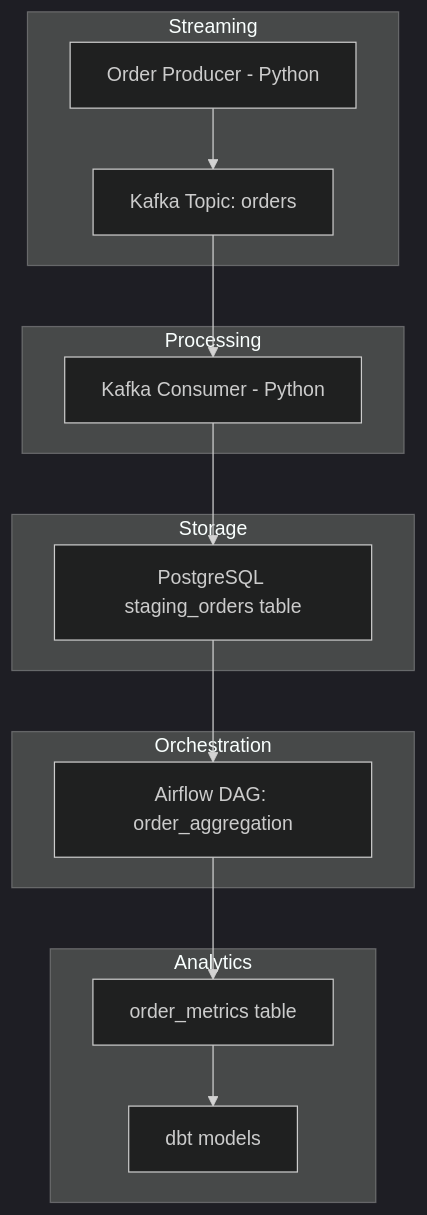
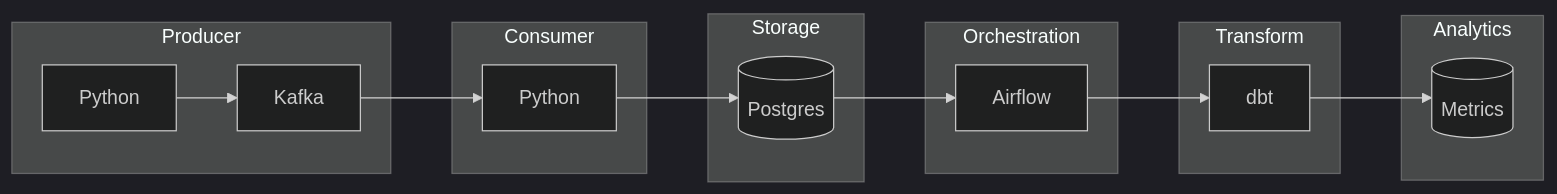
One commit to seyfe2023/Streaming-Order-Pipeline changed the diagram in README.md. Above: the diagram before and after it, drawn with Mermaid (dark theme).

Commit message:
Revise architecture diagram in README
Updated architecture diagram to improve clarity and structure.

````diff
--- a/README.md
+++ b/README.md
@@ -13,32 +13,26 @@
 ```mermaid
-flowchart TD
+flowchart LR
+    subgraph P[Producer]
+        A[Python] --> B[Kafka]
+    end
 
-subgraph Streaming
-A[Order Producer - Python]
-B[Kafka Topic: orders]
-end
+    subgraph C[Consumer]
+        B --> D[Python]
+    end
 
-subgraph Processing
-C[Kafka Consumer - Python]
-end
+    subgraph S[Storage]
+        D --> E[(Postgres)]
+    end
 
-subgraph Storage
-D[PostgreSQL staging_orders table]
-end
+    subgraph O[Orchestration]
+        E --> F[Airflow]
+    end
 
-subgraph Orchestration
-E[Airflow DAG: order_aggregation]
-end
+    subgraph T[Transform]
+        F --> G[dbt]
+    end
 
-subgraph Analytics
-F[order_metrics table]
-G[dbt models]
-end
-
-A --> B
-B --> C
-C --> D
-D --> E
-E --> F
-F --> G
+    subgraph AQ[Analytics]
+        G --> H[(Metrics)]
+    end
 ```
````
